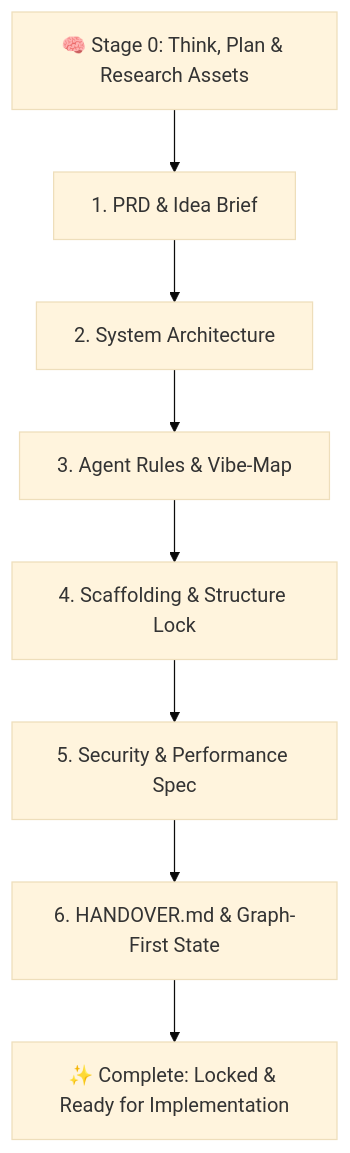
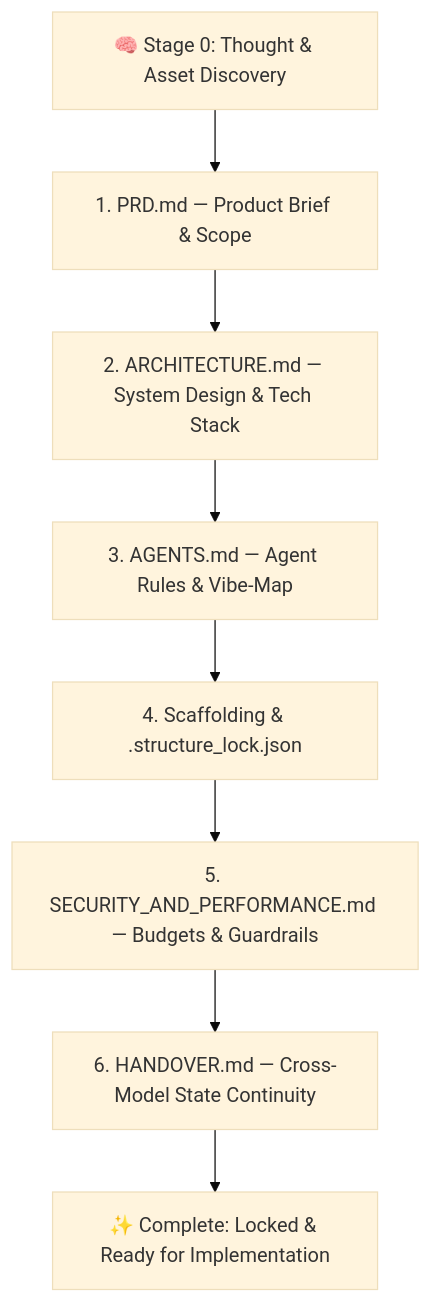
One commit to muchandresh/project-initiator changed the diagram in README.md. Above: the diagram before and after it, drawn with Mermaid (base theme). The commit also changed other lines of this file and 1 other file, not shown here.

````diff
--- a/README.md
+++ b/README.md
@@ -31,10 +118,10 @@
 ```mermaid
 flowchart TD
-    A[🧠 Stage 0: Think, Plan & Research Assets] --> B[1. PRD & Idea Brief]
-    B --> C[2. System Architecture]
-    C --> D[3. Agent Rules & Vibe-Map]
-    D --> E[4. Scaffolding & Structure Lock]
-    E --> F[5. Security & Performance Spec]
-    F --> G[6. HANDOVER.md & Graph-First State]
+    A[🧠 Stage 0: Thought & Asset Discovery] --> B[1. PRD.md — Product Brief & Scope]
+    B --> C[2. ARCHITECTURE.md — System Design & Tech Stack]
+    C --> D[3. AGENTS.md — Agent Rules & Vibe-Map]
+    D --> E[4. Scaffolding & .structure_lock.json]
+    E --> F[5. SECURITY_AND_PERFORMANCE.md — Budgets & Guardrails]
+    F --> G[6. HANDOVER.md — Cross-Model State Continuity]
     G --> H[✨ Complete: Locked & Ready for Implementation]
 ```
````
